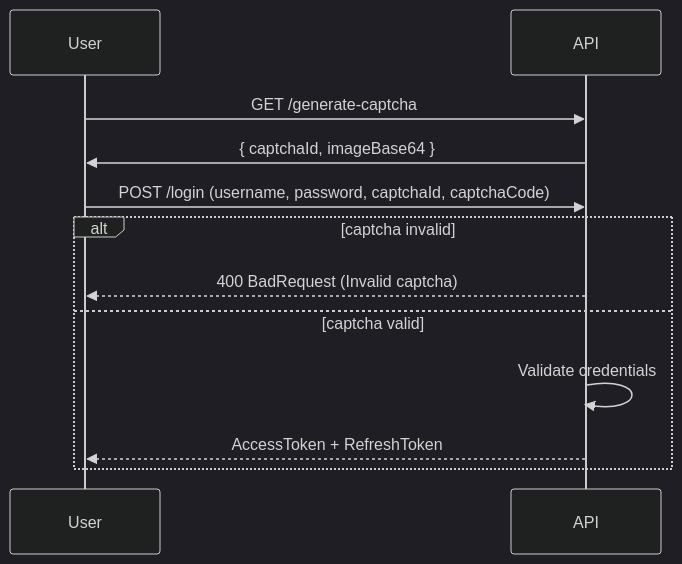
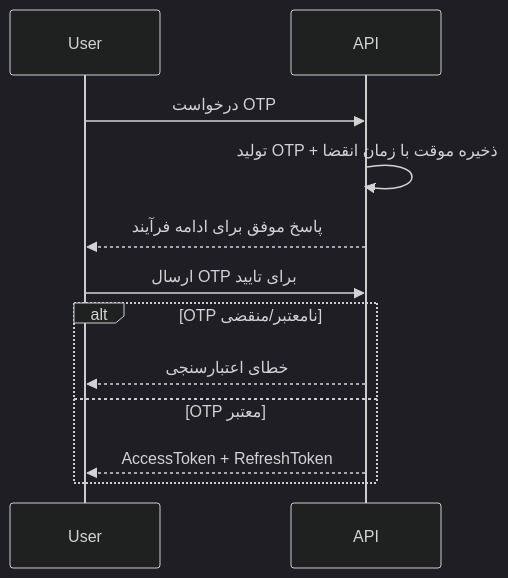
Before and after one commit to Rezakp3/AuroraBase: the second of 2 diagrams in README.md, drawn with Mermaid (dark theme). The commit also changed other lines of this file, not shown here.

````diff
--- a/README.md
+++ b/README.md
@@ -199,15 +191,16 @@
 ```mermaid
 sequenceDiagram
     participant U as User
     participant A as API
-    U->>A: GET /generate-captcha
-    A->>U: { captchaId, imageBase64 }
 
-    U->>A: POST /login (username, password, captchaId, captchaCode)
-    alt captcha invalid
-        A-->>U: 400 BadRequest (Invalid captcha)
-    else captcha valid
-        A->>A: Validate credentials
+    U->>A: درخواست OTP
+    A->>A: تولید OTP + ذخیره موقت با زمان انقضا
+    A-->>U: پاسخ موفق برای ادامه فرآیند
+
+    U->>A: ارسال OTP برای تایید
+    alt OTP نامعتبر/منقضی
+        A-->>U: خطای اعتبارسنجی
+    else OTP معتبر
         A-->>U: AccessToken + RefreshToken
     end
 ```
````
